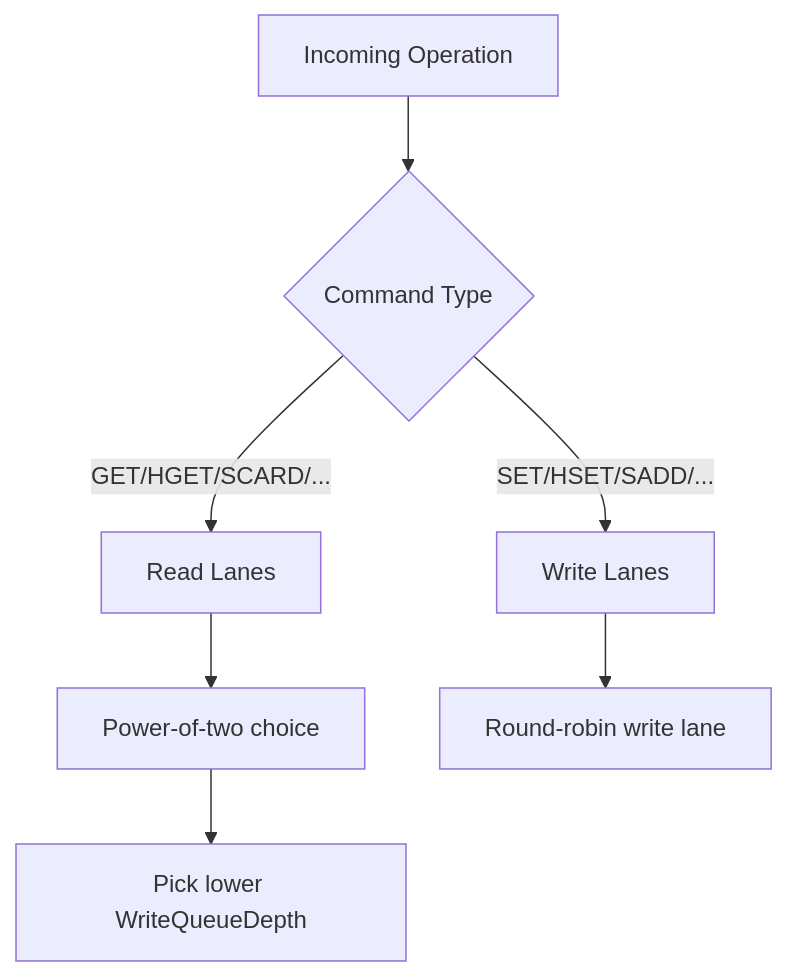
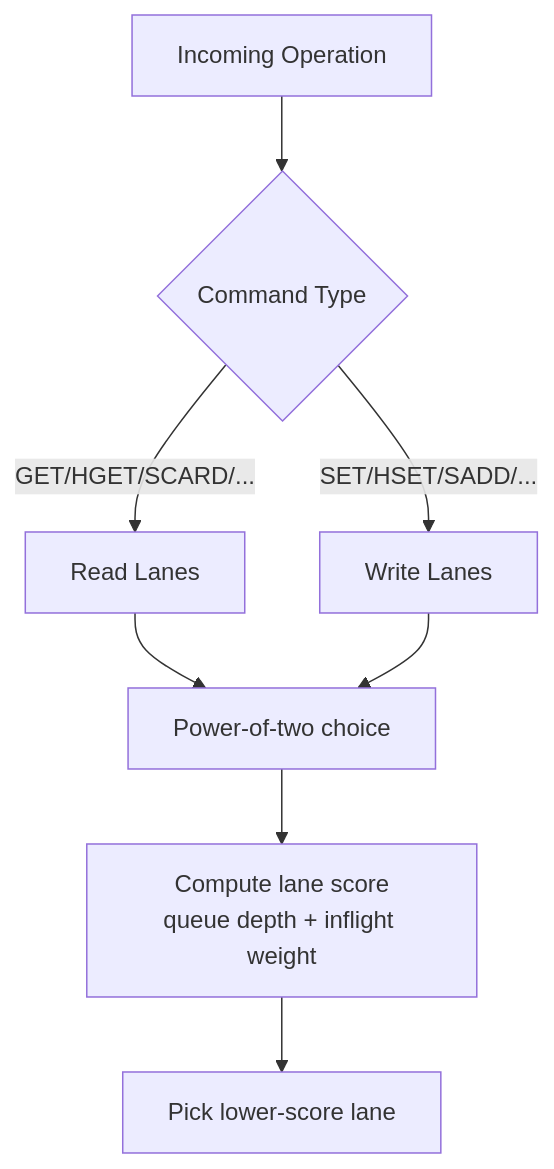
The second of 4 diagrams in docs/ENTERPRISE_MULTIPLEXER_AUTOSCALER.md (haxxornulled/VapeCache), drawn with Mermaid before and after one commit. The commit also changed other lines of this file and 425 other files, not shown here.

````diff
--- a/docs/ENTERPRISE_MULTIPLEXER_AUTOSCALER.md
+++ b/docs/ENTERPRISE_MULTIPLEXER_AUTOSCALER.md
@@ -39,9 +41,10 @@
 ```mermaid
 flowchart TD
     A[Incoming Operation] --> B{Command Type}
     B -->|GET/HGET/SCARD/...| C[Read Lanes]
     B -->|SET/HSET/SADD/...| D[Write Lanes]
     C --> E[Power-of-two choice]
-    E --> F[Pick lower WriteQueueDepth]
-    D --> G[Round-robin write lane]
+    D --> E
+    E --> F[Compute lane score<br/>queue depth + inflight weight]
+    F --> G[Pick lower-score lane]
 ```
````
